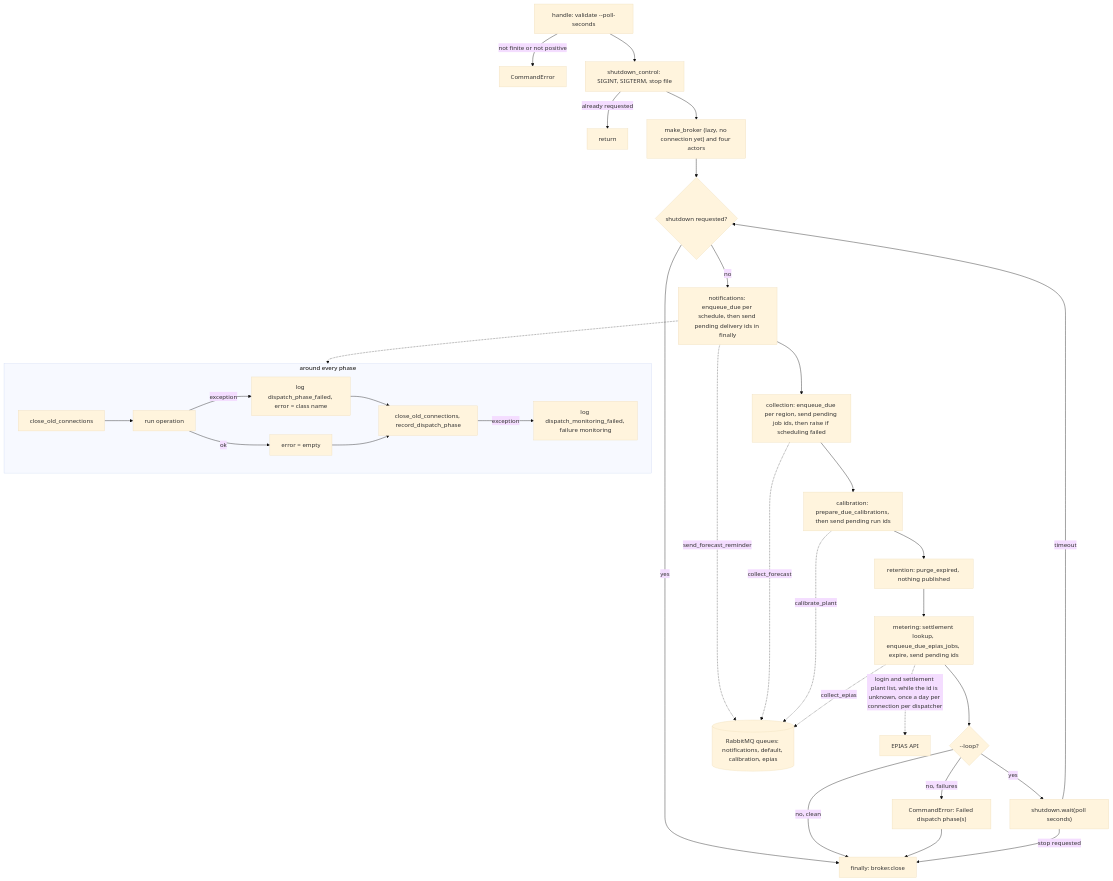
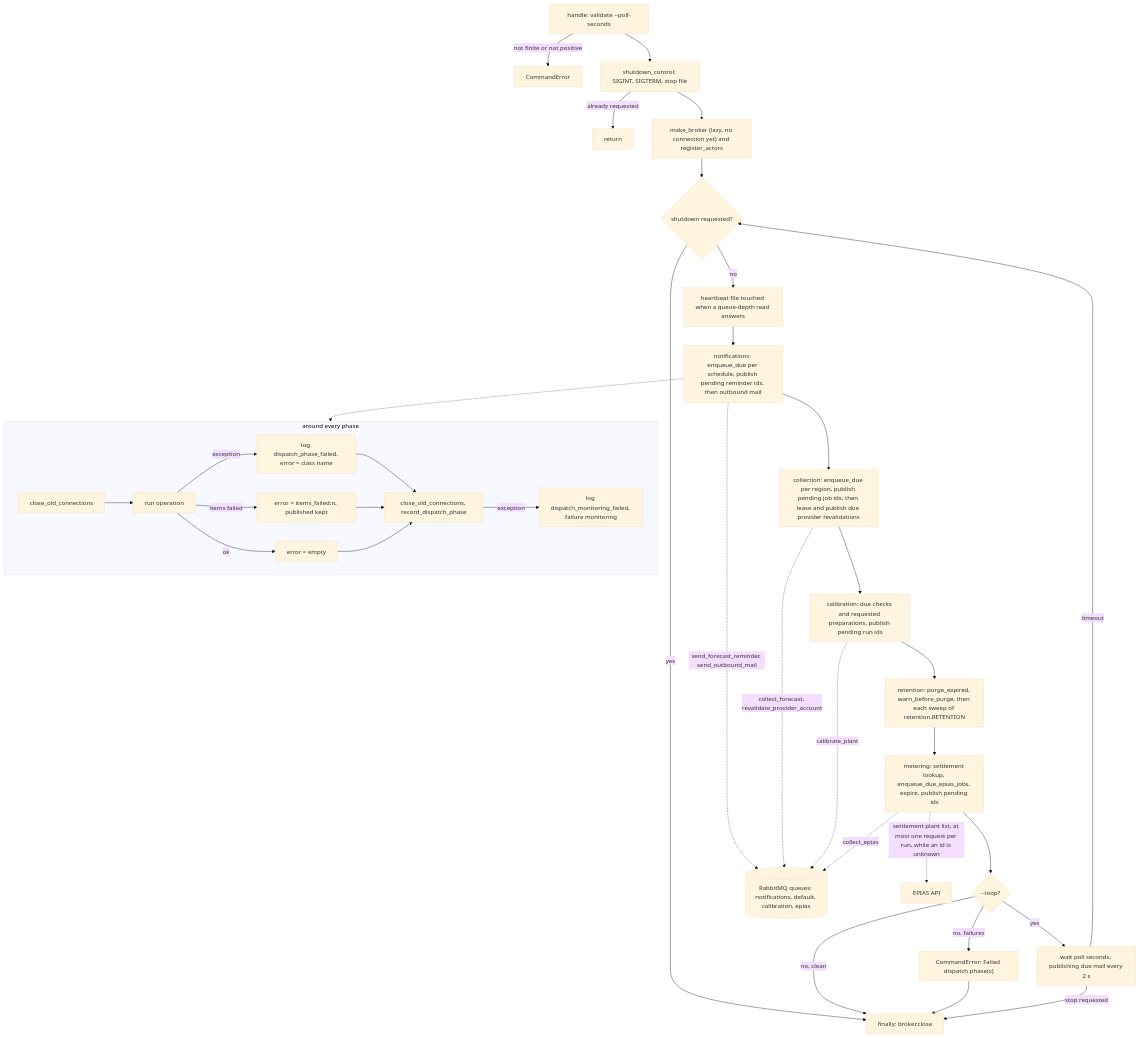
The diagram in docs/flows/dispatcher-cycle.md (erkurtharun/pyracast), drawn with Mermaid (base theme) before and after one commit. The commit also changed other lines of this file and 85 other files, not shown here.

First line of the commit message:
Bring the flow pages in line with the code (#107)

````diff
--- a/docs/flows/dispatcher-cycle.md
+++ b/docs/flows/dispatcher-cycle.md
@@ -16,36 +17,39 @@
 ```mermaid
 flowchart TD
     Start["handle: validate --poll-seconds"] -->|"not finite or not positive"| Err["CommandError"]
     Start --> Sig["shutdown_control: SIGINT, SIGTERM, stop file"]
     Sig -->|"already requested"| Exit["return"]
-    Sig --> Broker["make_broker (lazy, no connection yet) and four actors"]
+    Sig --> Broker["make_broker (lazy, no connection yet) and register_actors"]
     Broker --> Loop{"shutdown requested?"}
     Loop -->|yes| Close["finally: broker.close"]
-    Loop -->|no| N["notifications: enqueue_due per schedule, then send pending delivery ids in finally"]
-    N --> C["collection: enqueue_due per region, send pending job ids, then raise if scheduling failed"]
-    C --> K["calibration: prepare_due_calibrations, then send pending run ids"]
-    K --> R["retention: purge_expired, nothing published"]
-    R --> M["metering: settlement lookup, enqueue_due_epias_jobs, expire, send pending ids"]
+    Loop -->|no| HB["heartbeat file touched when a queue-depth read answers"]
+    HB --> N["notifications: enqueue_due per schedule, publish pending reminder ids, then outbound mail"]
+    N --> C["collection: enqueue_due per region, publish pending job ids, then lease and publish due provider revalidations"]
+    C --> K["calibration: due checks and requested preparations, publish pending run ids"]
+    K --> R["retention: purge_expired, warn_before_purge, then each sweep of retention.RETENTION"]
+    R --> M["metering: settlement lookup, enqueue_due_epias_jobs, expire, publish pending ids"]
     M --> Done{"--loop?"}
     Done -->|"no, failures"| Fail["CommandError: Failed dispatch phase(s)"]
     Done -->|"no, clean"| Close
     Fail --> Close
-    Done -->|yes| Wait["shutdown.wait(poll seconds)"]
+    Done -->|yes| Wait["wait poll seconds, publishing due mail every 2 s"]
     Wait -->|timeout| Loop
     Wait -->|"stop requested"| Close
     subgraph Each["around every phase"]
         P1["close_old_connections"] --> P2["run operation"]
         P2 -->|exception| P3["log dispatch_phase_failed, error = class name"]
+        P2 -->|"items failed"| P7["error = items_failed:n, published kept"]
         P2 -->|ok| P4["error = empty"]
         P3 --> P5["close_old_connections, record_dispatch_phase"]
+        P7 --> P5
         P4 --> P5
         P5 -->|exception| P6["log dispatch_monitoring_failed, failure monitoring"]
     end
     N -.-> Each
     Q[("RabbitMQ queues: notifications, default, calibration, epias")]
-    N -.->|send_forecast_reminder| Q
-    C -.->|collect_forecast| Q
+    N -.->|"send_forecast_reminder, send_outbound_mail"| Q
+    C -.->|"collect_forecast, revalidate_provider_account"| Q
     K -.->|calibrate_plant| Q
     M -.->|collect_epias| Q
-    M -.->|"login and settlement plant list, while the id is unknown, once a day per connection per dispatcher"| E["EPIAS API"]
+    M -.->|"settlement plant list, at most one request per run, while an id is unknown"| E["EPIAS API"]
 ```
````
